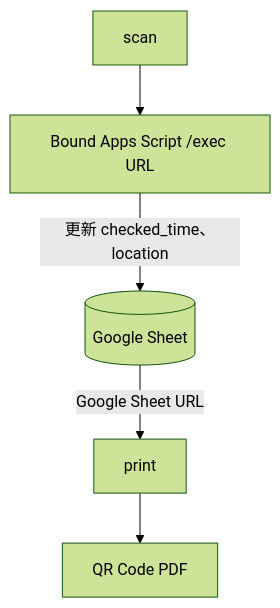
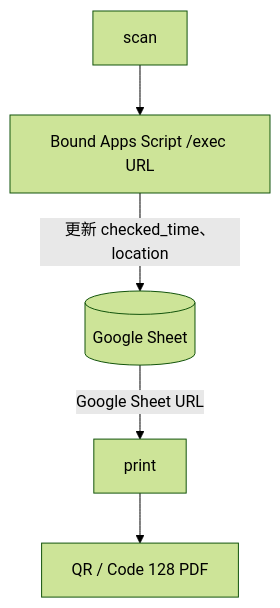
Before and after one commit to pulipulichen/Mobile-Inventory-Scanner: the diagram in docs/usage.md, drawn with Mermaid (forest theme). The commit also changed other lines of this file and 19 other files, not shown here.

````diff
--- a/docs/usage.md
+++ b/docs/usage.md
@@ -25,13 +25,13 @@
 ```mermaid
 flowchart TD
     sheet[("Google Sheet")]
     print["print"]
-    pdf["QR Code PDF"]
+    pdf["QR / Code 128 PDF"]
     scan["scan"]
     exec["Bound Apps Script /exec URL"]
 
     sheet -->|Google Sheet URL| print
     print --> pdf
     scan --> exec
     exec -->|更新 checked_time、location| sheet
 ```
````
